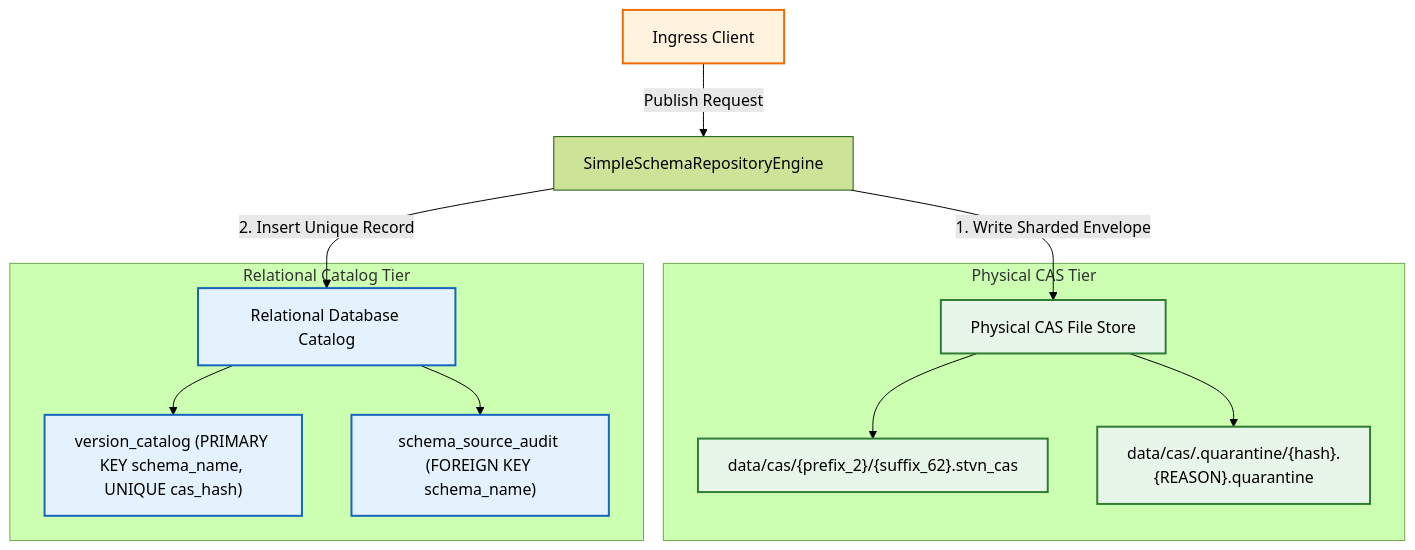
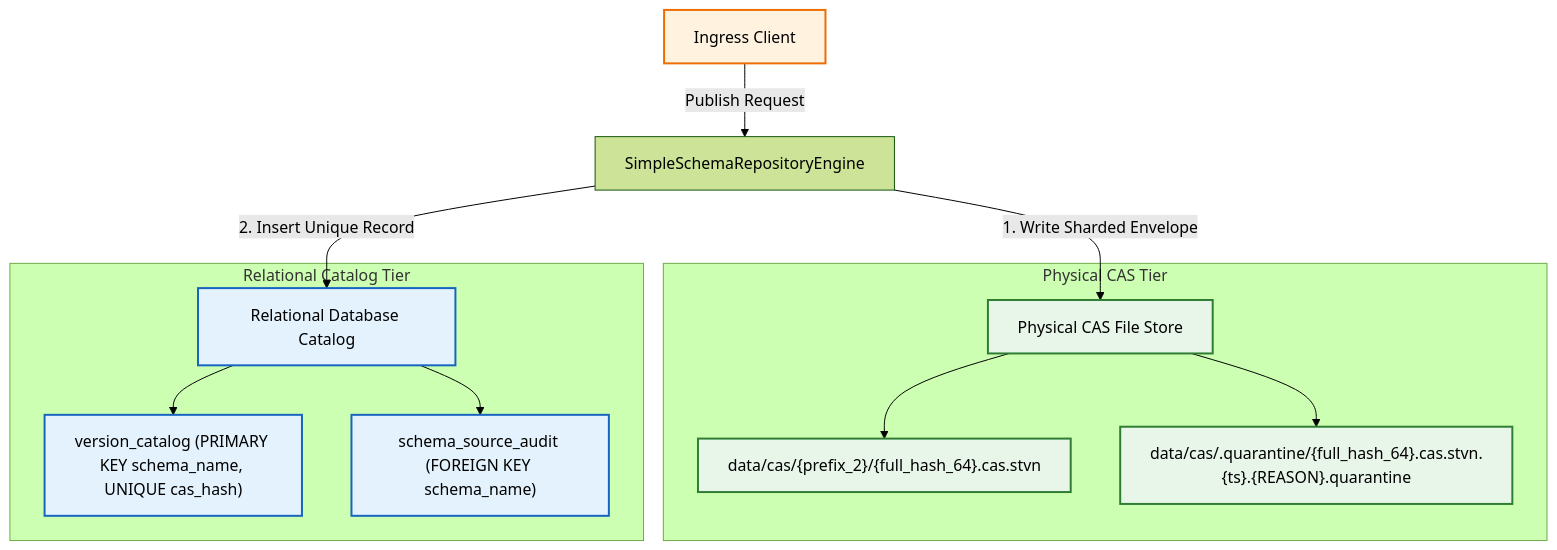
Before and after one commit to chaotic3quilibrium/stvnadore-repository: the second of 3 diagrams in docs/architecture/STVN_REPOSITORY_SPEC.md, drawn with Mermaid (forest theme). The commit also changed other lines of this file and 21 other files, not shown here.

Commit message:
Refactor to incorporate new document identity and CAS hash generation completed in core

````diff
--- a/docs/architecture/STVN_REPOSITORY_SPEC.md
+++ b/docs/architecture/STVN_REPOSITORY_SPEC.md
@@ -116,20 +129,20 @@
 ```mermaid
 flowchart TD
     classDef cas fill:#E8F5E9,stroke:#2E7D32,stroke-width:2px;
     classDef db fill:#E3F2FD,stroke:#1565C0,stroke-width:2px;
     classDef client fill:#FFF3E0,stroke:#EF6C00,stroke-width:2px;
 
     Client["Ingress Client"]:::client -->|"Publish Request"| Engine["SimpleSchemaRepositoryEngine"]
     Engine -->|"1. Write Sharded Envelope"| CAS["Physical CAS File Store"]:::cas
     Engine -->|"2. Insert Unique Record"| DB["Relational Database Catalog"]:::db
 
     subgraph "Physical CAS Tier"
-        CAS --> ShardPath["data/cas/{prefix_2}/{suffix_62}.stvn_cas"]:::cas
-        CAS --> Quarantine["data/cas/.quarantine/{hash}.{REASON}.quarantine"]:::cas
+        CAS --> ShardPath["data/cas/{prefix_2}/{full_hash_64}.cas.stvn"]:::cas
+        CAS --> Quarantine["data/cas/.quarantine/{full_hash_64}.cas.stvn.{ts}.{REASON}.quarantine"]:::cas
     end
 
     subgraph "Relational Catalog Tier"
         DB --> VC["version_catalog (PRIMARY KEY schema_name, UNIQUE cas_hash)"]:::db
         DB --> SA["schema_source_audit (FOREIGN KEY schema_name)"]:::db
     end
 ```
````
